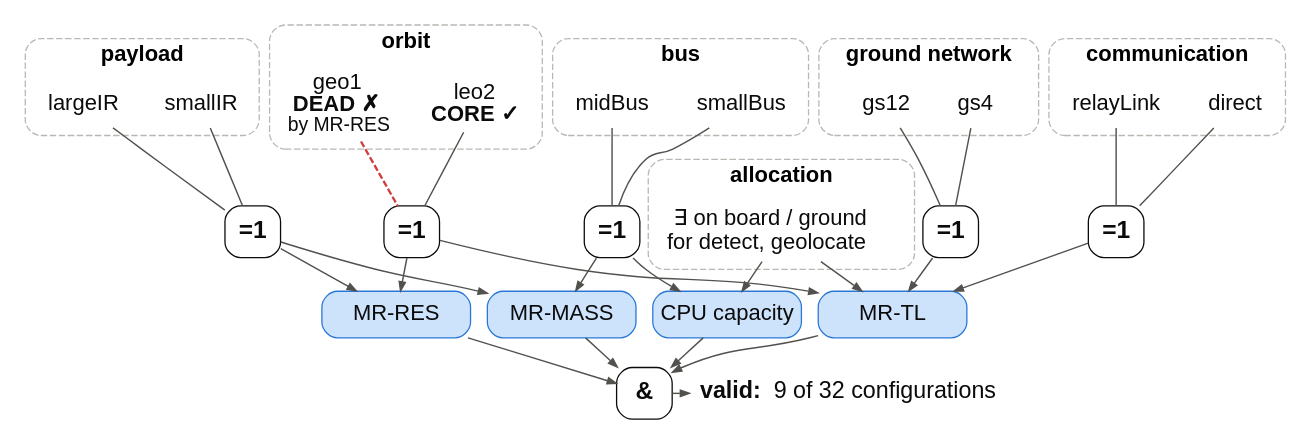
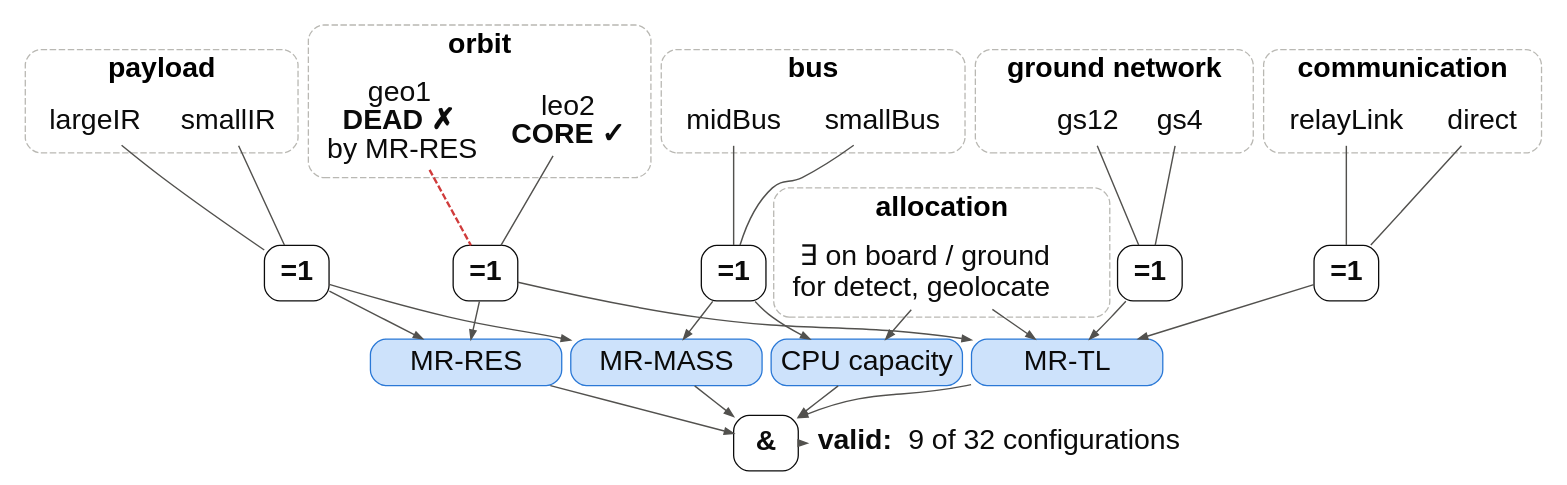
One commit to pedrokuk23/sysml_v2_circuitLogic changed the diagram in figures/fig_cfg.dot. Above: the diagram before and after it, drawn with Graphviz. The commit also changed 160 other files, not shown here.

```diff
--- a/figures/fig_cfg.dot
+++ b/figures/fig_cfg.dot
@@ -1,35 +1,35 @@
 digraph G {
-rankdir=TB; nodesep=0.18; ranksep=0.32; pad=0.05; newrank=true;
-node [fontname="Helvetica", fontsize=17, fontcolor="#0b0b0b"];
+rankdir=TB; nodesep=0.1; ranksep=0.32; pad=0.05; newrank=true;
+node [fontname="Helvetica", fontsize=22, fontcolor="#0b0b0b"];
 edge [color="#52514e", penwidth=1.1, arrowsize=0.7];
-subgraph cluster_payload { label="payload"; fontname="Helvetica-Bold"; fontsize=17; style="rounded,dashed"; color="#b9b8b3"; margin=6;
+subgraph cluster_payload { label="payload"; fontname="Helvetica-Bold"; fontsize=22; style="rounded,dashed"; color="#b9b8b3"; margin=6;
  p1 [shape=plaintext, label="smallIR"]; p2 [shape=plaintext, label="largeIR"]; }
-subgraph cluster_orbit { label="orbit"; fontname="Helvetica-Bold"; fontsize=17; style="rounded,dashed"; color="#b9b8b3"; margin=6;
- o1 [shape=plaintext, label=<leo2<br/><b>CORE ✓</b>>]; o2 [shape=plaintext, label=<geo1<br/><b>DEAD ✗</b><br/><font point-size="15">by MR-RES</font>>]; }
-subgraph cluster_bus { label="bus"; fontname="Helvetica-Bold"; fontsize=17; style="rounded,dashed"; color="#b9b8b3"; margin=6;
+subgraph cluster_orbit { label="orbit"; fontname="Helvetica-Bold"; fontsize=22; style="rounded,dashed"; color="#b9b8b3"; margin=6;
+ o1 [shape=plaintext, label=<leo2<br/><b>CORE ✓</b>>]; o2 [shape=plaintext, label=<geo1<br/><b>DEAD ✗</b><br/><font point-size="22">by MR-RES</font>>]; }
+subgraph cluster_bus { label="bus"; fontname="Helvetica-Bold"; fontsize=22; style="rounded,dashed"; color="#b9b8b3"; margin=6;
  b1 [shape=plaintext, label="smallBus"]; b2 [shape=plaintext, label="midBus"]; }
-subgraph cluster_ground { label="ground network"; fontname="Helvetica-Bold"; fontsize=17; style="rounded,dashed"; color="#b9b8b3"; margin=6;
+subgraph cluster_ground { label="ground network"; fontname="Helvetica-Bold"; fontsize=22; style="rounded,dashed"; color="#b9b8b3"; margin=6;
  g1 [shape=plaintext, label="gs4"]; g2 [shape=plaintext, label="gs12"]; }
-subgraph cluster_comm { label="communication"; fontname="Helvetica-Bold"; fontsize=17; style="rounded,dashed"; color="#b9b8b3"; margin=6;
+subgraph cluster_comm { label="communication"; fontname="Helvetica-Bold"; fontsize=22; style="rounded,dashed"; color="#b9b8b3"; margin=6;
  c1 [shape=plaintext, label="direct"]; c2 [shape=plaintext, label="relayLink"]; }
-subgraph cluster_alloc { label="allocation"; fontname="Helvetica-Bold"; fontsize=17; style="rounded,dashed"; color="#b9b8b3"; margin=6;
+subgraph cluster_alloc { label="allocation"; fontname="Helvetica-Bold"; fontsize=22; style="rounded,dashed"; color="#b9b8b3"; margin=6;
  a1 [shape=plaintext, label=<∃ on board / ground<br/>for detect, geolocate>]; }
-node [shape=box, width=0.6, height=0.55, fixedsize=true, style="rounded", fontname="Helvetica-Bold", fontsize=19, color="#0b0b0b"];
+node [shape=box, width=0.7, height=0.6, fixedsize=true, style="rounded", fontname="Helvetica-Bold", fontsize=22, color="#0b0b0b"];
 ohp [label="=1"]; oho [label="=1"]; ohb [label="=1"]; ohg [label="=1"]; ohc [label="=1"];
 p1 -> ohp [arrowhead=none]; p2 -> ohp [arrowhead=none];
 o1 -> oho [arrowhead=none]; o2 -> oho [arrowhead=none, color="#d03b3b", penwidth=1.8, style=dashed];
 b1 -> ohb [arrowhead=none]; b2 -> ohb [arrowhead=none];
 g1 -> ohg [arrowhead=none]; g2 -> ohg [arrowhead=none];
 c1 -> ohc [arrowhead=none]; c2 -> ohc [arrowhead=none];
-node [shape=box, width=1.6, height=0.5, fixedsize=true, style="rounded,filled", fillcolor="#cde2fb", color="#2a78d6", fontname="Helvetica", fontsize=17];
+node [shape=box, width=2.05, height=0.5, fixedsize=true, style="rounded,filled", fillcolor="#cde2fb", color="#2a78d6", fontname="Helvetica", fontsize=22];
 res [label="MR-RES"]; mass [label="MR-MASS"]; tl [label="MR-TL"]; cap [label="CPU capacity"];
 ohp -> res; oho -> res; ohp -> mass; ohb -> mass;
 oho -> tl; ohg -> tl; ohc -> tl; a1 -> tl; ohb -> cap; a1 -> cap;
 {rank=same; ohp; oho; ohb; ohg; ohc;}
 {rank=same; res; mass; tl; cap;}
-valid [shape=box, width=0.6, height=0.55, fixedsize=true, style="rounded", fillcolor=white, color="#0b0b0b", fontname="Helvetica-Bold", fontsize=19, label="&"];
+valid [shape=box, width=0.7, height=0.6, fixedsize=true, style="rounded", fillcolor=white, color="#0b0b0b", fontname="Helvetica-Bold", fontsize=22, label="&"];
 res -> valid; mass -> valid; tl -> valid; cap -> valid;
-out [shape=plaintext, fixedsize=false, style="", width=0, height=0, fontsize=18, label=<<b>valid:</b> 9 of 32 configurations>];
+out [shape=plaintext, fixedsize=false, style="", width=0, height=0, fontsize=22, label=<<b>valid:</b> 9 of 32 configurations>];
 valid -> out [arrowsize=0.7];
 {rank=same; valid; out;}
 }
```
